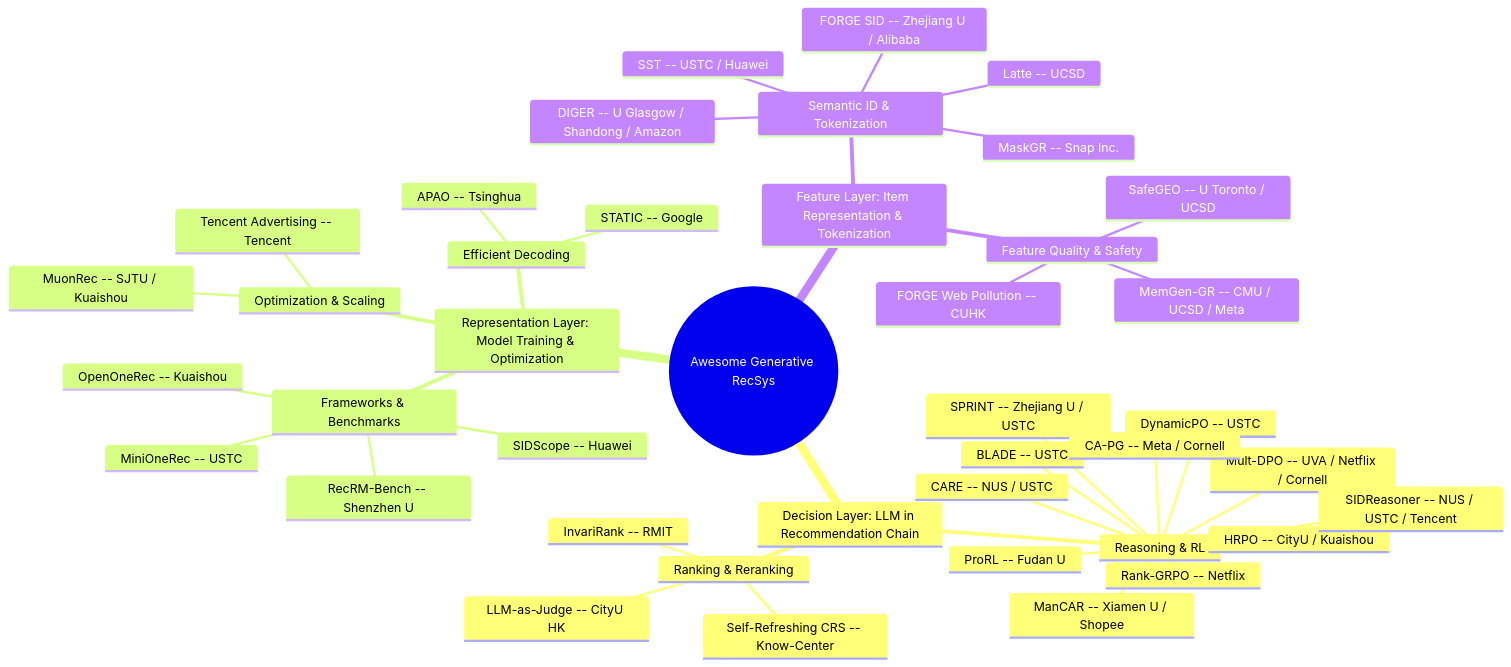
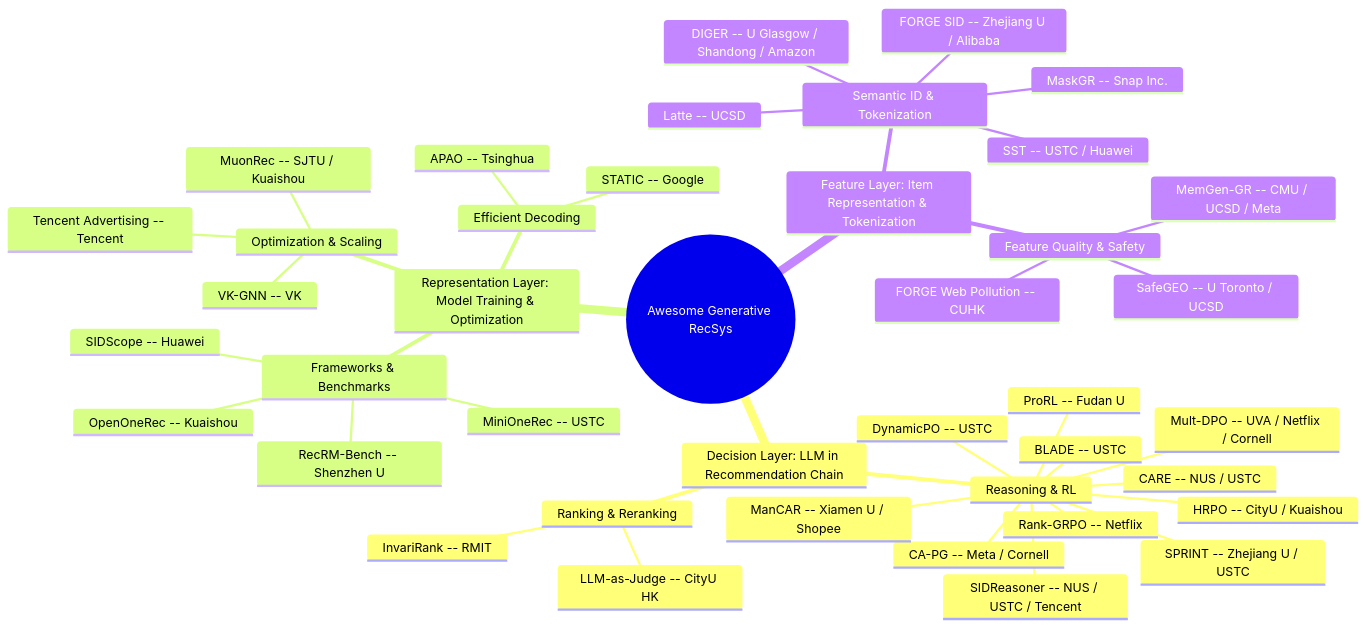
One commit to HaFred/awesome-generative-recsys changed the diagram in README.md. Above: the diagram before and after it, drawn with Mermaid. The commit also changed other lines of this file and 3 other files, not shown here.

````diff
--- a/README.md
+++ b/README.md
@@ -28,44 +28,44 @@
 ```mermaid
 mindmap
   root((Awesome Generative RecSys))
     Decision Layer: LLM in Recommendation Chain
       Reasoning & RL
         Rank-GRPO -- Netflix
         DynamicPO -- USTC
         BLADE -- USTC
         SPRINT -- Zhejiang U / USTC
         CARE -- NUS / USTC
         HRPO -- CityU / Kuaishou
         Mult-DPO -- UVA / Netflix / Cornell
         CA-PG -- Meta / Cornell
         ProRL -- Fudan U
         ManCAR -- Xiamen U / Shopee
         SIDReasoner -- NUS / USTC / Tencent
       Ranking & Reranking
         InvariRank -- RMIT
         LLM-as-Judge -- CityU HK
-        Self-Refreshing CRS -- Know-Center
     Representation Layer: Model Training & Optimization
       Frameworks & Benchmarks
         MiniOneRec -- USTC
         OpenOneRec -- Kuaishou
         RecRM-Bench -- Shenzhen U
         SIDScope -- Huawei
       Efficient Decoding
         STATIC -- Google
         APAO -- Tsinghua
       Optimization & Scaling
         MuonRec -- SJTU / Kuaishou
         Tencent Advertising -- Tencent
+        VK-GNN -- VK
     Feature Layer: Item Representation & Tokenization
       Semantic ID & Tokenization
         Latte -- UCSD
         FORGE SID -- Zhejiang U / Alibaba
         DIGER -- U Glasgow / Shandong / Amazon
         MaskGR -- Snap Inc.
         SST -- USTC / Huawei
       Feature Quality & Safety
         SafeGEO -- U Toronto / UCSD
         MemGen-GR -- CMU / UCSD / Meta
         FORGE Web Pollution -- CUHK
 ```
````
